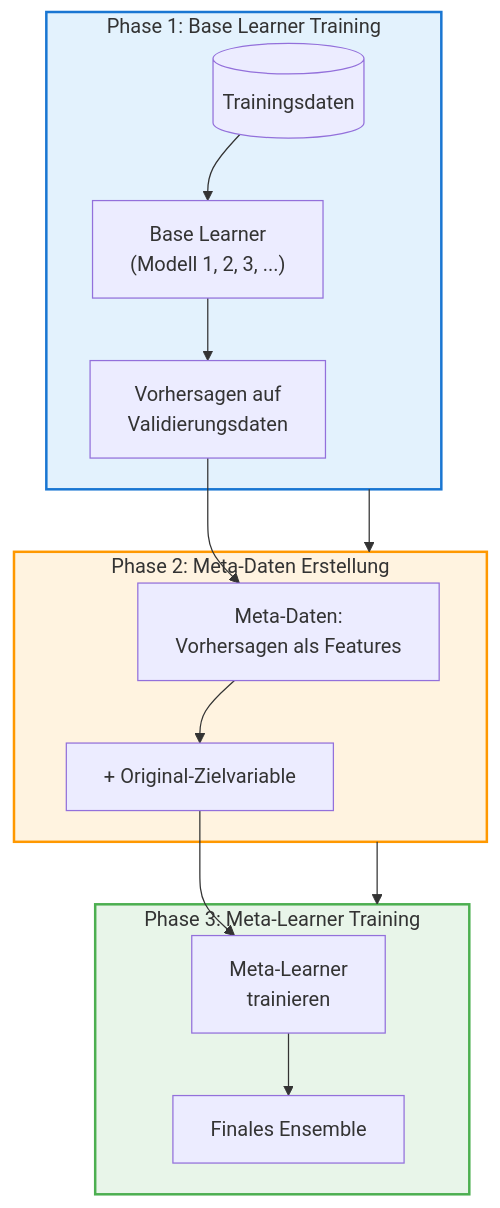
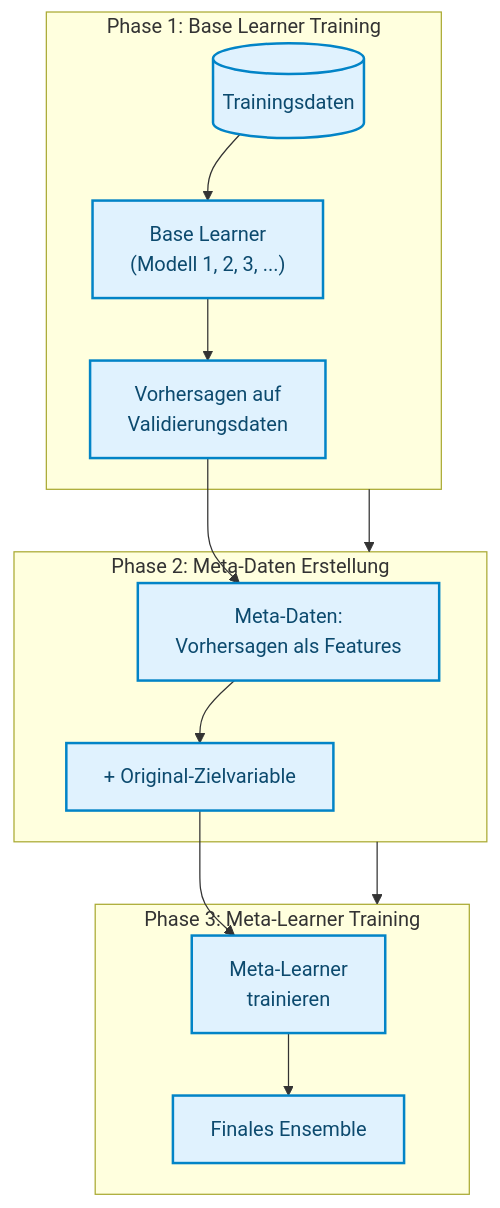
The sixth of 9 diagrams in docs/concepts/modeling/stacking.md (ralf-42/ML_Intro), drawn with Mermaid before and after one commit. The commit also changed other lines of this file and 67 other files, not shown here.

````diff
--- a/docs/concepts/modeling/stacking.md
+++ b/docs/concepts/modeling/stacking.md
@@ -195,25 +205,23 @@
 ```mermaid
 flowchart TD
 
 subgraph Phase1["Phase 1: Base Learner Training"]
     D1[("Trainingsdaten")] --> BL["Base Learner<br/>(Modell 1, 2, 3, ...)"]
     BL --> PRED["Vorhersagen auf<br/>Validierungsdaten"]
 end
 
 subgraph Phase2["Phase 2: Meta-Daten Erstellung"]
     PRED --> MD["Meta-Daten:<br/>Vorhersagen als Features"]
     MD --> TARGET["+ Original-Zielvariable"]
 end
 
 subgraph Phase3["Phase 3: Meta-Learner Training"]
     TARGET --> ML["Meta-Learner<br/>trainieren"]
     ML --> FINAL["Finales Ensemble"]
 end
 
 Phase1 --> Phase2
 Phase2 --> Phase3
 
-style Phase1 fill:#e3f2fd,stroke:#1976d2,stroke-width:2px
-style Phase2 fill:#fff3e0,stroke:#ff9800,stroke-width:2px
-style Phase3 fill:#e8f5e9,stroke:#4caf50,stroke-width:2px
+classDef default fill:#e0f2fe,stroke:#0284c7,stroke-width:2px,color:#0c4a6e;
 ```
````
